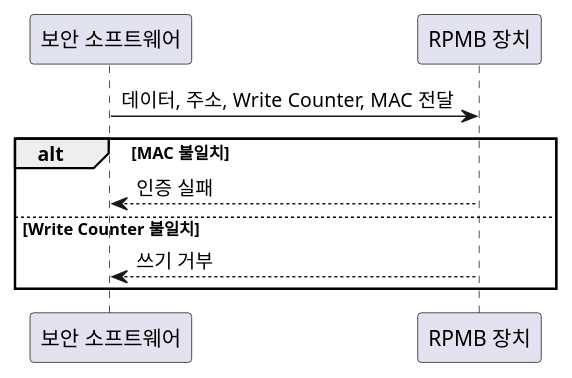
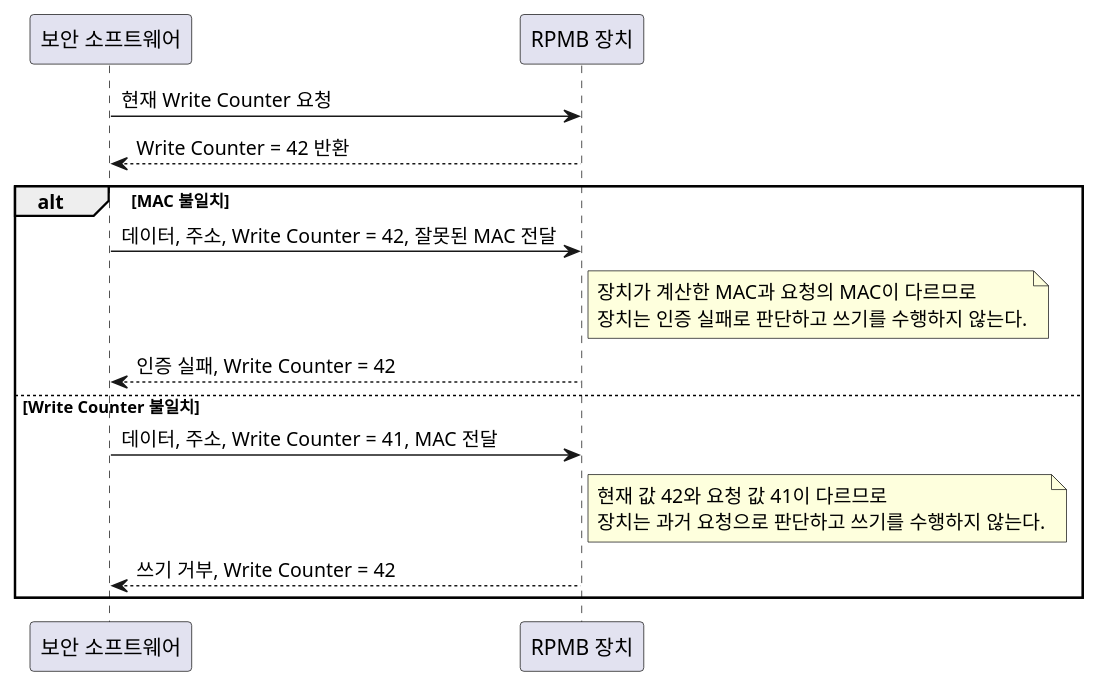
The second of 2 diagrams in survey/RPMB.md (boram1288/test-p), drawn with PlantUML before and after one commit. The commit also changed other lines of this file, not shown here.

Commit message:
docs: add RPMB validation examples to diagrams

````diff
--- a/survey/RPMB.md
+++ b/survey/RPMB.md
@@ -57,14 +67,25 @@
 ```plantuml
 @startuml
 participant "보안 소프트웨어" as SecureSoftware
 participant "RPMB 장치" as RPMBDevice
 
-SecureSoftware -> RPMBDevice: 데이터, 주소, Write Counter, MAC 전달
+SecureSoftware -> RPMBDevice: 현재 Write Counter 요청
+RPMBDevice --> SecureSoftware: Write Counter = 42 반환
 
 alt MAC 불일치
-    RPMBDevice --> SecureSoftware: 인증 실패
+    SecureSoftware -> RPMBDevice: 데이터, 주소, Write Counter = 42, 잘못된 MAC 전달
+    note right of RPMBDevice
+      장치가 계산한 MAC과 요청의 MAC이 다르므로
+      장치는 인증 실패로 판단하고 쓰기를 수행하지 않는다.
+    end note
+    RPMBDevice --> SecureSoftware: 인증 실패, Write Counter = 42
 else Write Counter 불일치
-    RPMBDevice --> SecureSoftware: 쓰기 거부
+    SecureSoftware -> RPMBDevice: 데이터, 주소, Write Counter = 41, MAC 전달
+    note right of RPMBDevice
+      현재 값 42와 요청 값 41이 다르므로
+      장치는 과거 요청으로 판단하고 쓰기를 수행하지 않는다.
+    end note
+    RPMBDevice --> SecureSoftware: 쓰기 거부, Write Counter = 42
 end
 @enduml
 ```
````
